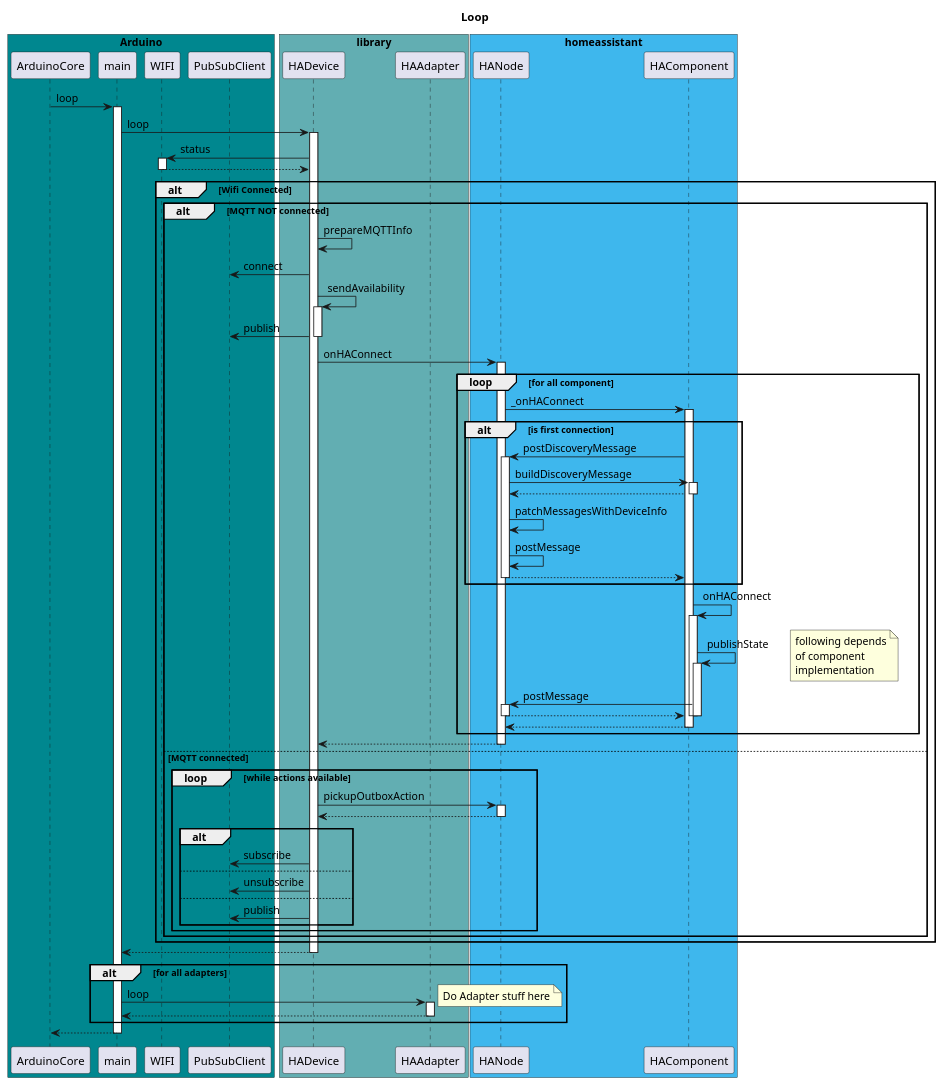
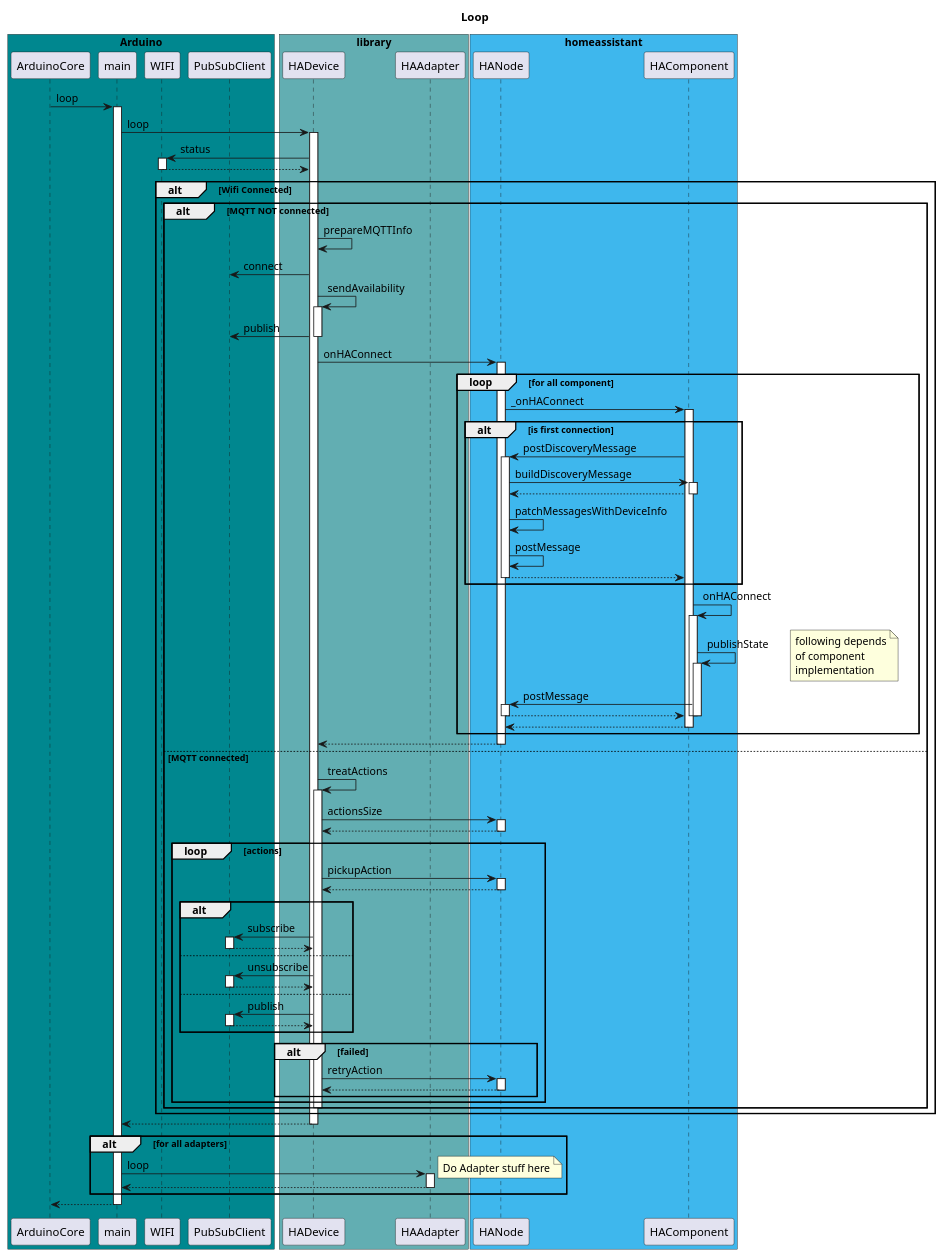
Before and after one commit to SBKila/homeassistantlibrary: the diagram in doc/src/SD_loop_plantUML.puml, drawn with PlantUML. The commit also changed 4 other files, not shown here.

Commit message:
Prevent excuting retry action in same loop

```diff
--- a/doc/src/SD_loop_plantUML.puml
+++ b/doc/src/SD_loop_plantUML.puml
@@ -1,108 +1,126 @@
 @startuml
 title Loop
 
 box "Arduino" #00878F
 participant ArduinoCore
 participant main
 participant WIFI
 participant PubSubClient
 end box
 
 box "library" #62AEB2
 participant HADevice
 participant HAAdapter
 end box
 
 box "homeassistant" #3eb7ed
 participant HANode
 participant HAComponent
 end box
 
 ArduinoCore->main : loop
 activate main
 
 main->HADevice : loop
 activate HADevice
 HADevice->WIFI : status
 activate WIFI
 return
 
 alt Wifi Connected
 
   alt MQTT NOT connected
 
     HADevice->HADevice:prepareMQTTInfo
     HADevice->PubSubClient:connect
 
     HADevice->HADevice:sendAvailability
     activate HADevice
     HADevice->PubSubClient:publish
     deactivate HADevice
 
     HADevice->HANode:onHAConnect
     activate HANode
     loop for all component
       HANode->HAComponent:_onHAConnect
       activate HAComponent
       alt is first connection
         HAComponent->HANode:postDiscoveryMessage
         activate HANode
         HANode->HAComponent:buildDiscoveryMessage
         activate HAComponent
         return
         HANode->HANode:patchMessagesWithDeviceInfo
         HANode->HANode:postMessage
         return
       end
 
       HAComponent->HAComponent:onHAConnect
       activate HAComponent
       
       HAComponent->HAComponent:publishState
       note right : following depends\nof component\nimplementation
       activate HAComponent
         HAComponent->HANode:postMessage
         activate HANode
          return
       deactivate HAComponent
       deactivate HAComponent
       
       HANode<--HAComponent:
       deactivate HAComponent
     end
     HADevice<--HANode:
     deactivate HANode
 
   else MQTT connected
-
-    loop while actions available
-      HADevice->HANode:pickupOutboxAction
+    
+    HADevice->HADevice:treatActions
+    activate HADevice
+      HADevice->HANode:actionsSize
       activate HANode
-      HADevice<--HANode:
-      deactivate HANode
-      alt
-        HADevice->PubSubClient:subscribe
-      else
-        HADevice->PubSubClient:unsubscribe
-      else
-        HADevice->PubSubClient:publish
+      return
+      loop actions
+        
+        HADevice->HANode:pickupAction
+        activate HANode
+        HADevice<--HANode:
+        deactivate HANode
+        alt
+          HADevice->PubSubClient:subscribe
+          activate PubSubClient
+          return
+        else
+          HADevice->PubSubClient:unsubscribe
+          activate PubSubClient
+          return
+        else
+          HADevice->PubSubClient:publish
+          activate PubSubClient
+          return
+        end
+        alt failed
+          HADevice->HANode:retryAction
+          activate HANode
+          return
+        end
       end
-    end
+    deactivate HADevice
   end
 end
 
 main<--HADevice:
 deactivate HADevice
 
 alt for all adapters
   main->HAAdapter : loop
   activate HAAdapter
   note right : Do Adapter stuff here
   return
 end
 
 
 
 ArduinoCore<--main :
 deactivate main
 @enduml
```
